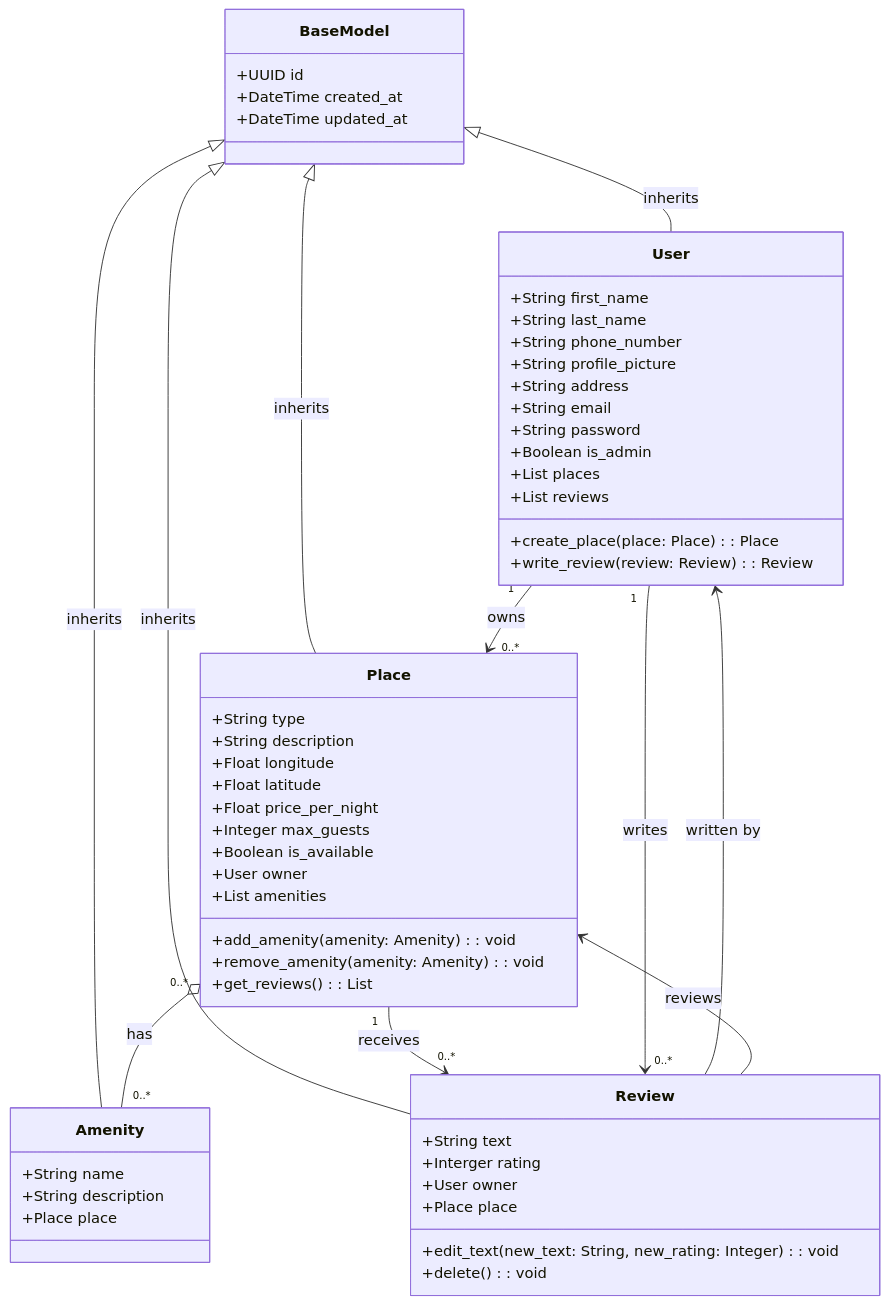
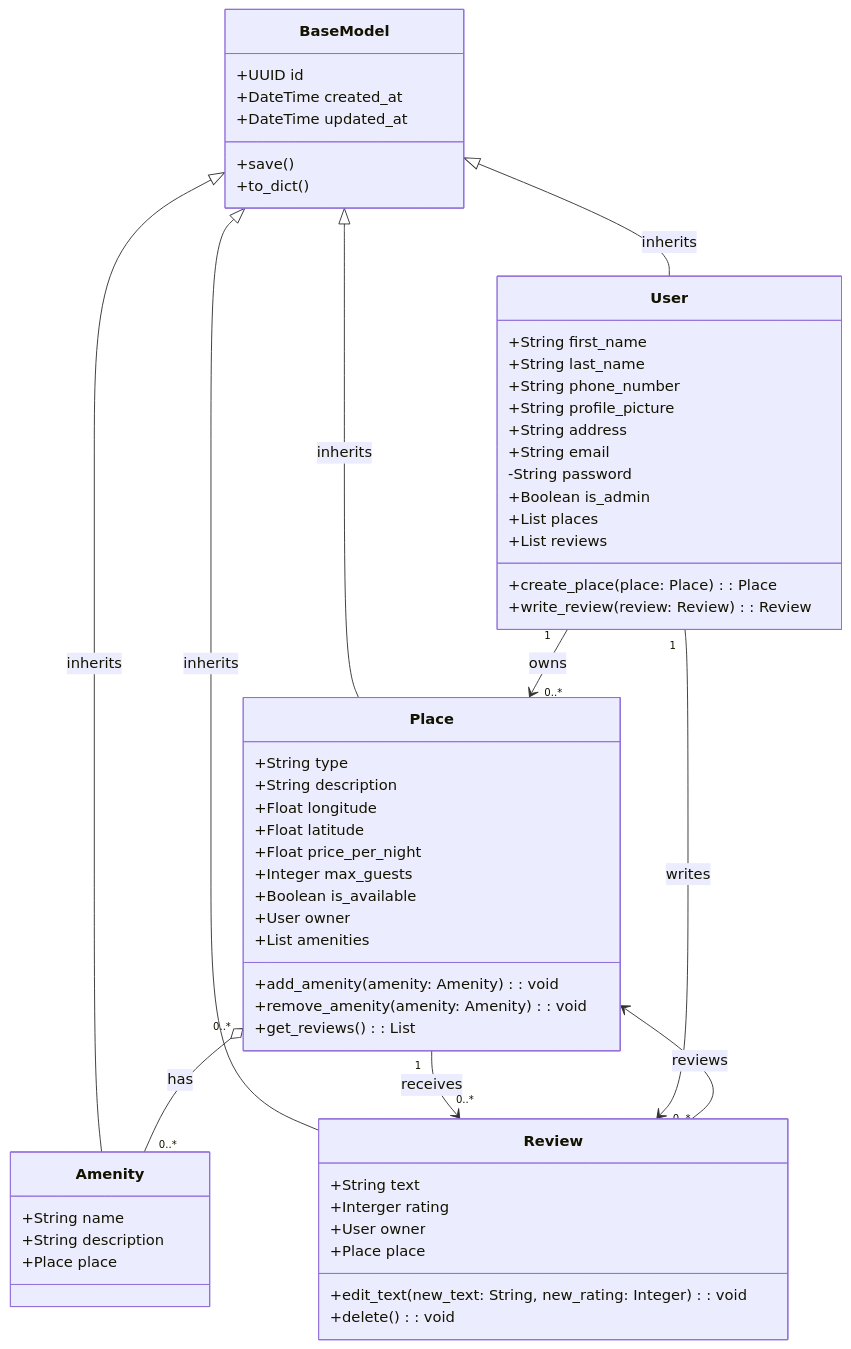
Before and after one commit to ItsZmainDev/holbertonschool-hbnb: the diagram in part1/Detailed Class Diagram for Business Logic Layer.mmd, drawn with Mermaid.

Commit message:
Add save, to_dict lethod on base model. Set password to private and remove relation bettween review -> user

```diff
--- a/part1/Detailed Class Diagram for Business Logic Layer.mmd
+++ b/part1/Detailed Class Diagram for Business Logic Layer.mmd
@@ -1,65 +1,66 @@
 classDiagram
     class BaseModel {
         +UUID id
         +DateTime created_at
         +DateTime updated_at
+        +save()
+        +to_dict()
     }
 
     class User {
         +String first_name
         +String last_name
         +String phone_number
         +String profile_picture
         +String address
         +String email
-        +String password
+        -String password
         +Boolean is_admin
         +List<Place> places
         +List<Review> reviews
         +create_place(place: Place): Place
         +write_review(review: Review): Review
     }
 
     class Place {
         +String type
         +String description
         +Float longitude
         +Float latitude
         +Float price_per_night
         +Integer max_guests
         +Boolean is_available
         +User owner
         +List<Amenity> amenities
         +add_amenity(amenity: Amenity): void
         +remove_amenity(amenity: Amenity): void
         +get_reviews(): List<Review>
     }
 
     class Amenity {
         +String name
         +String description
         +Place place
     }
 
     class Review {
         +String text
         +Interger rating
         +User owner
         +Place place
         +edit_text(new_text: String, new_rating: Integer): void
         +delete(): void
     }
 
     %% Inheritance
     BaseModel <|-- User : inherits
     BaseModel <|-- Place : inherits
     BaseModel <|-- Amenity : inherits
     BaseModel <|-- Review : inherits
 
     %% Relationships
     User "1" --> "0..*" Place : owns
     Place "0..*" o-- "0..*" Amenity : has
     Place "1" --> "0..*" Review : receives
     User "1" --> "0..*" Review : writes
-    Review --> User: written by
     Review --> Place: reviews
```
